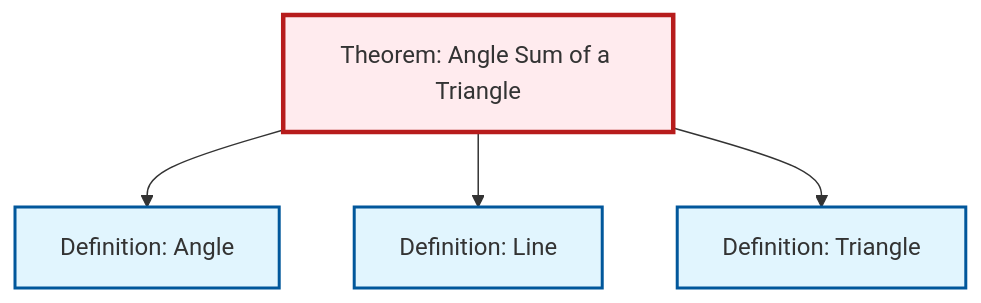
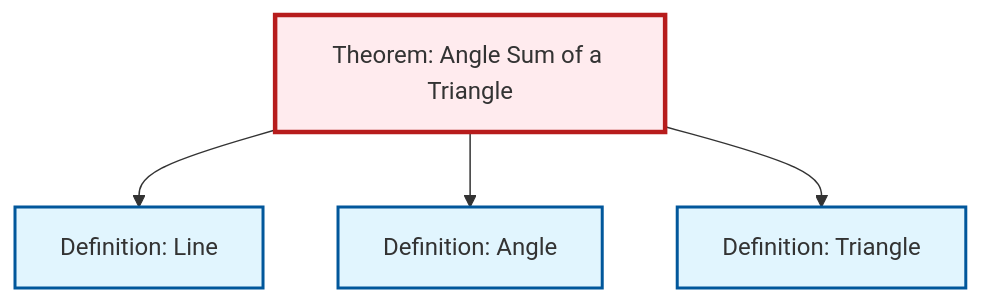
One commit to RK0429/ModernMath changed the diagram in content/ja/geometry/thm-angle-sum-triangle.qmd. Above: the diagram before and after it, drawn with Mermaid. The commit also changed other lines of this file and 619 other files, not shown here.

````diff
--- a/content/ja/geometry/thm-angle-sum-triangle.qmd
+++ b/content/ja/geometry/thm-angle-sum-triangle.qmd
@@ -58,20 +58,20 @@
 ```{mermaid}
 %%| fig-cap: "Local dependency graph"
 graph TD
     classDef definition fill:#e1f5fe,stroke:#01579b,stroke-width:2px
     classDef theorem fill:#f3e5f5,stroke:#4a148c,stroke-width:2px
     classDef axiom fill:#fff3e0,stroke:#e65100,stroke-width:2px
     classDef example fill:#e8f5e9,stroke:#1b5e20,stroke-width:2px
     classDef current fill:#ffebee,stroke:#b71c1c,stroke-width:3px
+    thm-angle-sum-triangle["Theorem: Angle Sum of a Triangle"]:::theorem
+    def-line["Definition: Line"]:::definition
     def-angle["Definition: Angle"]:::definition
     def-triangle["Definition: Triangle"]:::definition
-    def-line["Definition: Line"]:::definition
-    thm-angle-sum-triangle["Theorem: Angle Sum of a Triangle"]:::theorem
+    thm-angle-sum-triangle --> def-line
     thm-angle-sum-triangle --> def-angle
-    thm-angle-sum-triangle --> def-line
     thm-angle-sum-triangle --> def-triangle
     class thm-angle-sum-triangle current
+    click def-line "def-line.html" "Definition: Lineへ"
     click def-angle "def-angle.html" "Definition: Angleへ"
     click def-triangle "def-triangle.html" "Definition: Triangleへ"
-    click def-line "def-line.html" "Definition: Lineへ"
 ```
````
